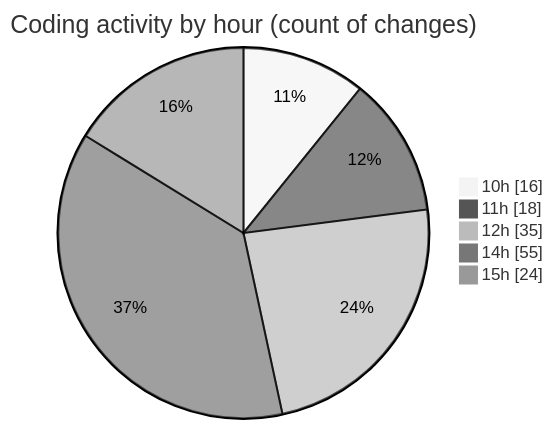
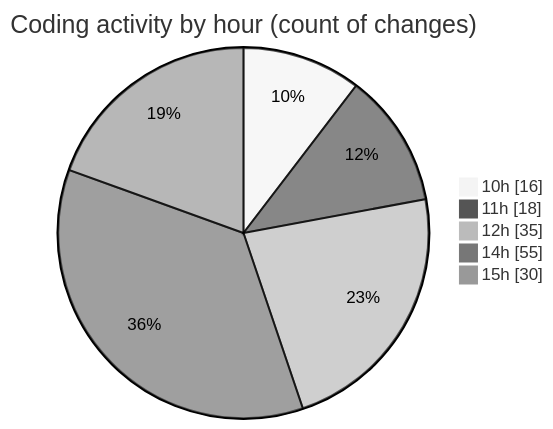
Before and after one commit to momahboobian/code-tracking: the second of 2 diagrams in 2026-05-06/cda/README.md, drawn with Mermaid (neutral theme). The commit also changed other lines of this file and 1 other file, not shown here.

````diff
--- a/2026-05-06/cda/README.md
+++ b/2026-05-06/cda/README.md
@@ -103,9 +103,9 @@
 ```mermaid
 pie showData
 title Coding activity by hour (count of changes)
 "10h" : 16
 "11h" : 18
 "12h" : 35
 "14h" : 55
-"15h" : 24
+"15h" : 30
 ```
````
